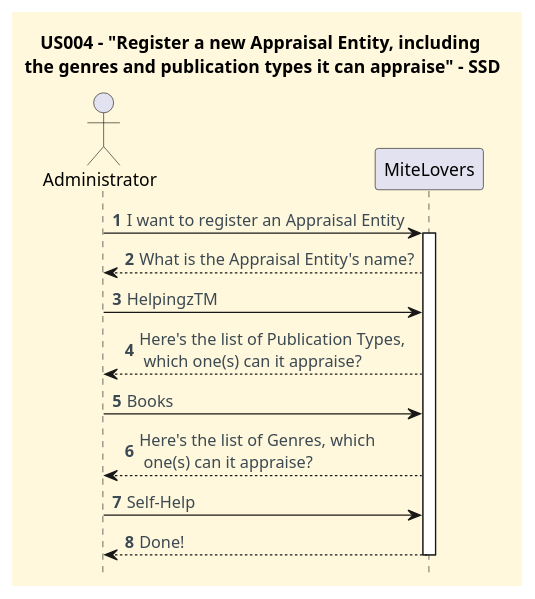
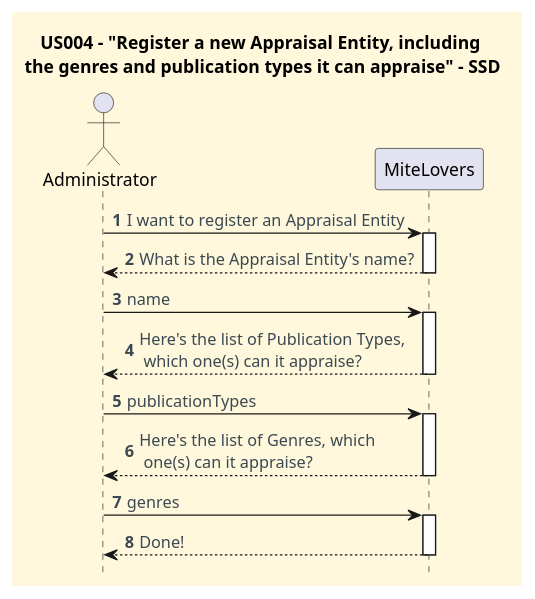
The diagram in docs/userStories/US004/US004_register_new_appraisal_entity_SSD.puml (CarolinaLeite-collab/JavaMarketplacePlatform), drawn with PlantUML before and after one commit.

Commit message:
Refs #102: Adds fixed SSD diagram for US004

```diff
--- a/docs/userStories/US004/US004_register_new_appraisal_entity_SSD.puml
+++ b/docs/userStories/US004/US004_register_new_appraisal_entity_SSD.puml
@@ -1,33 +1,39 @@
 @startuml
 title US004 - "Register a new Appraisal Entity, including \nthe genres and publication types it can appraise" - SSD
 hidefootbox
 
 '==== basic style ====
 skinparam monochrome false
 skinparam shadowing false
 skinparam defaultFontName Futura
 skinparam objectFontSize 20
 skinparam backgroundColor CornSilk
 skinparam objectBackgroundColor WhiteSmoke
 skinparam noteBackgroundColor #FFFFE0
 skinparam ArrowFontColor #3B4953
 skinparam ActivationBackgroundColor black
 
 autonumber
 
 
 actor Administrator
 participant "MiteLovers" as System
 
 Administrator -> System: I want to register an Appraisal Entity
-activate "System"
+activate System
 System --> Administrator: What is the Appraisal Entity's name?
-Administrator -> System: HelpingzTM
+deactivate System
+Administrator -> System: name
+activate System
 System --> Administrator: Here's the list of Publication Types, \n which one(s) can it appraise?
-Administrator -> System: Books
+deactivate System
+Administrator -> System: publicationTypes
+activate System
 System --> Administrator: Here's the list of Genres, which \n one(s) can it appraise?
-Administrator -> System: Self-Help
+deactivate System
+Administrator -> System: genres
+activate System
 System --> Administrator: Done!
-deactivate "System"
+deactivate System
 
 @enduml
```
